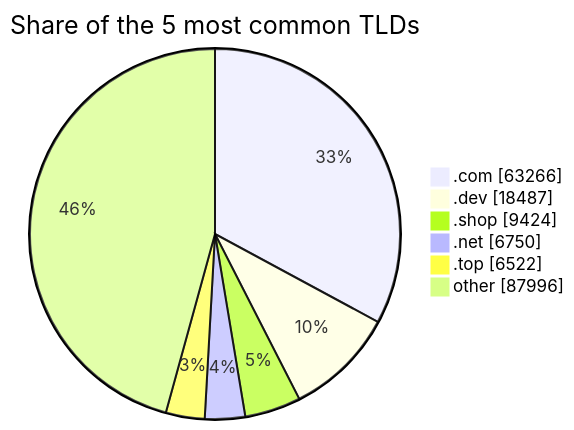
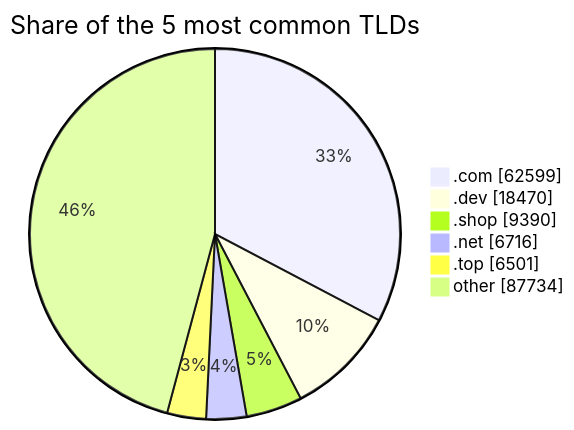
Before and after one commit to DNSBunker/CTI: the third of 3 diagrams in README.md, drawn with Mermaid. The commit also changed other lines of this file and 3 other files, not shown here.

````diff
--- a/README.md
+++ b/README.md
@@ -81,9 +81,9 @@
 ```mermaid
 pie showData title Share of the 5 most common TLDs
-    ".com" : 63266
-    ".dev" : 18487
-    ".shop" : 9424
-    ".net" : 6750
-    ".top" : 6522
-    "other" : 87996
+    ".com" : 62599
+    ".dev" : 18470
+    ".shop" : 9390
+    ".net" : 6716
+    ".top" : 6501
+    "other" : 87734
 ```
````
